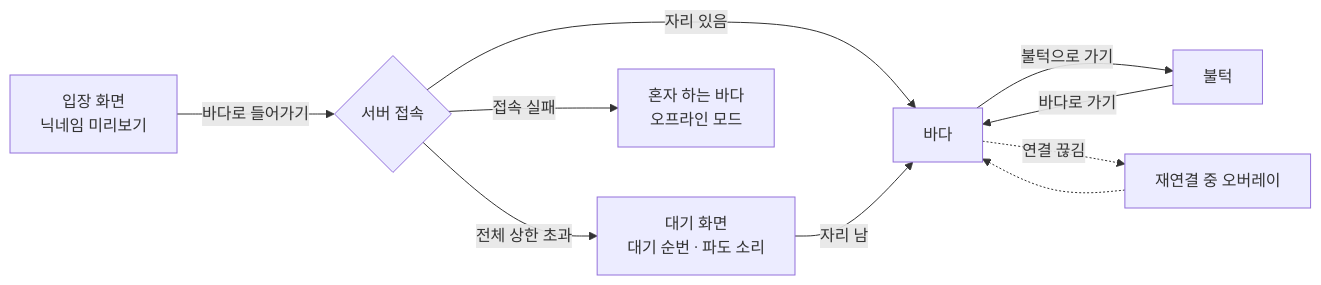
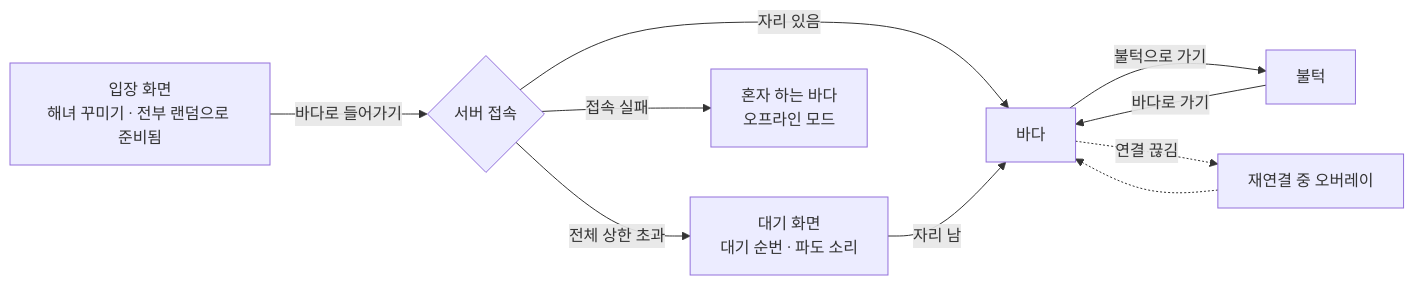
The first of 2 diagrams in docs/PLAN.md (juyoon0423/sumbi), drawn with Mermaid before and after one commit. The commit also changed other lines of this file and 36 other files, not shown here.

First line of the commit message:
feat: 입장 화면 해녀 꾸미기 (물수건·테왁·볼 색, 조합 닉네임)

````diff
--- a/docs/PLAN.md
+++ b/docs/PLAN.md
@@ -72,12 +72,12 @@
 ```mermaid
 flowchart LR
-    A[입장 화면<br/>닉네임 미리보기] -->|바다로 들어가기| B{서버 접속}
+    A[입장 화면<br/>해녀 꾸미기 · 전부 랜덤으로 준비됨] -->|바다로 들어가기| B{서버 접속}
     B -->|자리 있음| C[바다]
     B -->|전체 상한 초과| W[대기 화면<br/>대기 순번 · 파도 소리]
     W -->|자리 남| C
     B -->|접속 실패| O[혼자 하는 바다<br/>오프라인 모드]
     C -->|불턱으로 가기| D[불턱]
     D -->|바다로 가기| C
     C -.->|연결 끊김| R[재연결 중 오버레이]
     R -.-> C
 ```
````
